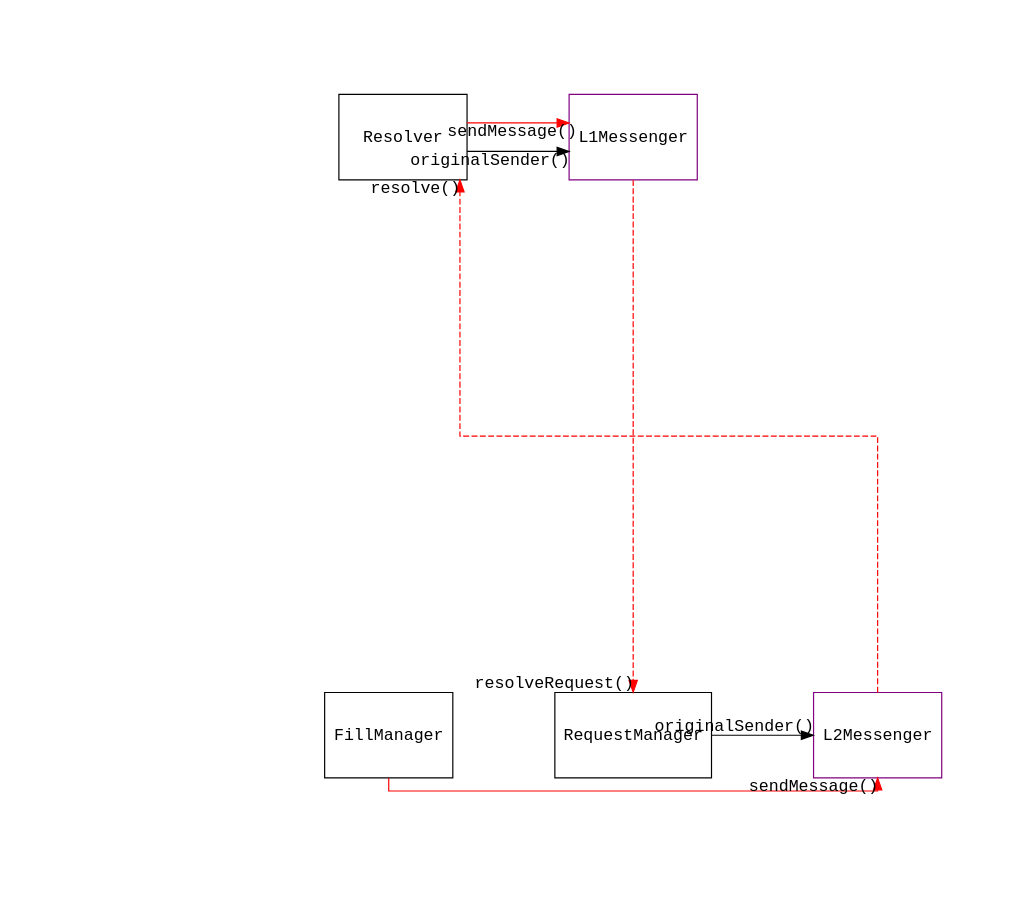
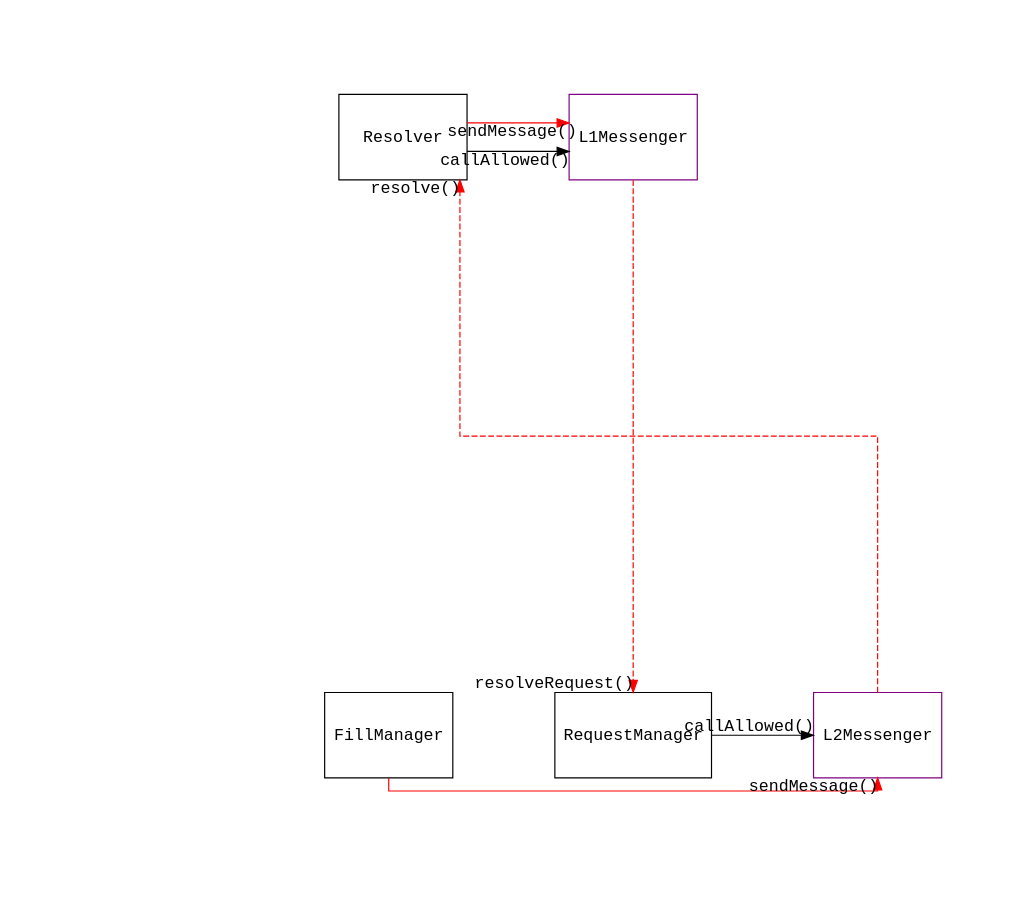
One commit to beamer-bridge/beamer changed the diagram in docs/source/contracts.dot. Above: the diagram before and after it, drawn with Graphviz.

Commit message:
docs: Adapt to new Restricted Calls scheme

```diff
--- a/docs/source/contracts.dot
+++ b/docs/source/contracts.dot
@@ -1,45 +1,45 @@
 digraph "Beamer contracts" {
     graph[rankdir=TD, ranksep=6, splines=ortho, nodesep=1.2, pad=1]
     node [shape=box, width=1.5, height=1, fontname="Liberation Mono"]
     edge [fontname="Liberation Mono"]
     subgraph L1 {
         rank=same
         nodesep = 1.0
         l1dummy [style=invis]
         Resolver [label="Resolver"]
         L1Messenger [label="L1Messenger", color="purple"]
         
     }
     subgraph L2 {
         graph[nodesep=1]
         rank=same
         l2dummy [style=invis]
         RequestManager [label="RequestManager"]
         FillManager [label="FillManager"]
         L2Messenger [label="L2Messenger", color="purple"]
     }
     
     {
         # restricted calls
         edge [color=red]
         FillManager -> L2Messenger [headlabel="sendMessage()"]
         Resolver -> L1Messenger [xlabel="sendMessage()"]
     }
 
     {
         # restricted calls crossing the L1/L2 boundary
         edge [color=red, style=dashed]
         L2Messenger -> Resolver [headlabel="resolve()"]
         L1Messenger -> RequestManager [headlabel="resolveRequest()"]
     }
 
     {
         # unrestricted calls
-        Resolver -> L1Messenger [headlabel="originalSender()"]
-        RequestManager -> L2Messenger [headlabel="originalSender()"]
+        Resolver -> L1Messenger [headlabel="callAllowed()"]
+        RequestManager -> L2Messenger [headlabel="callAllowed()"]
     }
     
     l1dummy -> l2dummy [style=invis]
     l1dummy -> Resolver [style=invis]
     l2dummy -> RequestManager [style=invis]
 }
```
